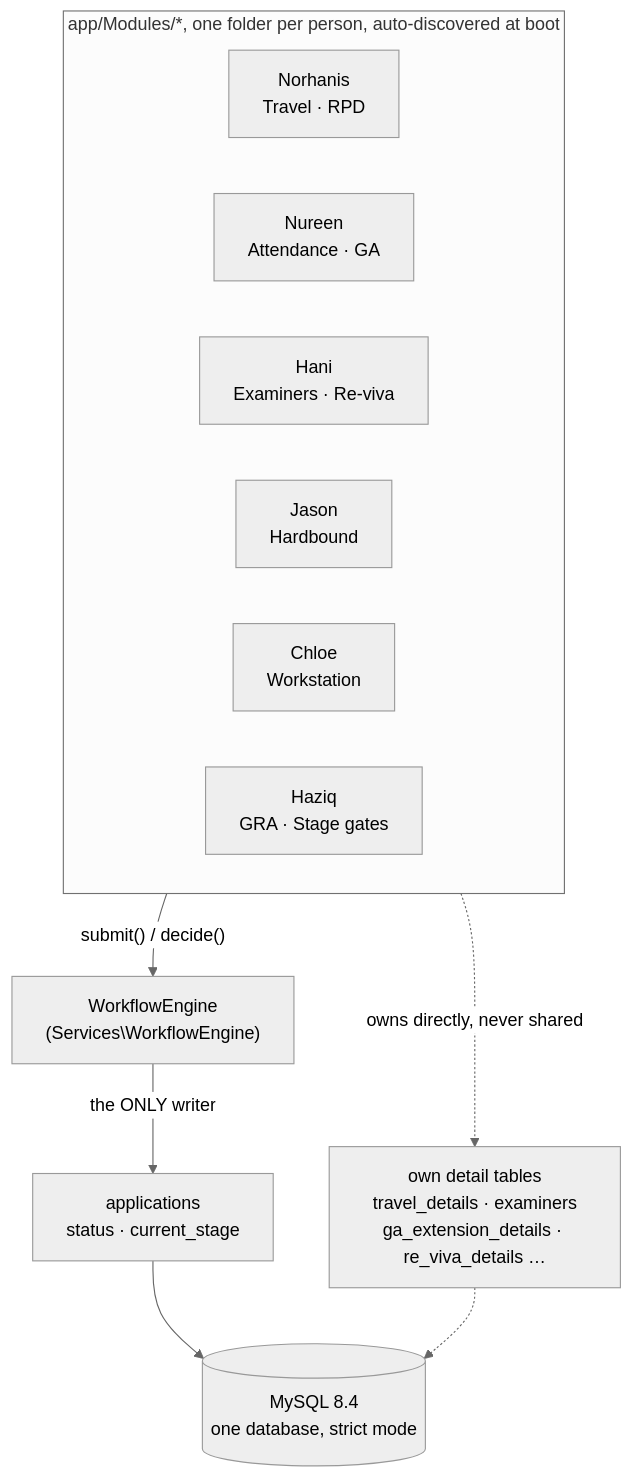
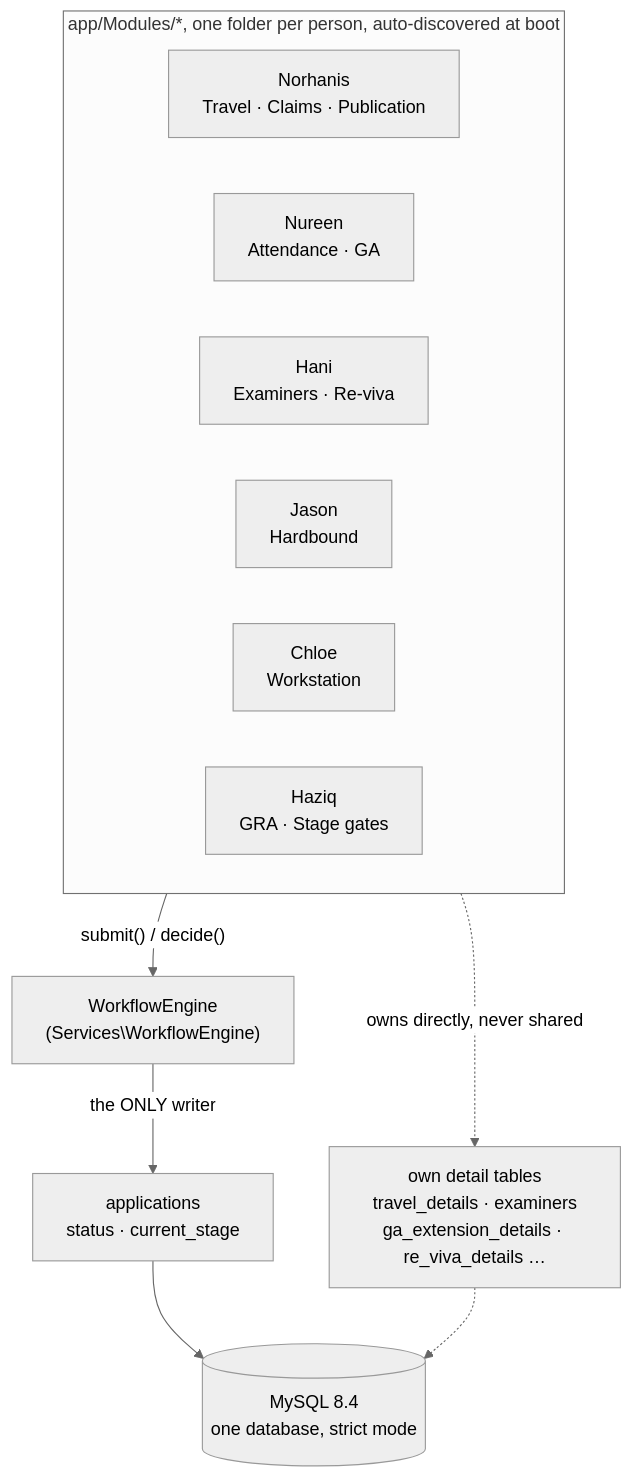
One commit to Mickeysya/uresearch changed the diagram in docs/tech-stack-and-architecture-report.md. Above: the diagram before and after it, drawn with Mermaid (neutral theme). The commit also changed other lines of this file and 92 other files, not shown here.

````diff
--- a/docs/tech-stack-and-architecture-report.md
+++ b/docs/tech-stack-and-architecture-report.md
@@ -25,20 +25,20 @@
 ```mermaid
 flowchart TB
     subgraph mods["app/Modules/*, one folder per person, auto-discovered at boot"]
         direction LR
-        N[Norhanis<br/>Travel · RPD]
+        N[Norhanis<br/>Travel · Claims · Publication]
         NU[Nureen<br/>Attendance · GA]
         H[Hani<br/>Examiners · Re-viva]
         J[Jason<br/>Hardbound]
         C[Chloe<br/>Workstation]
         HZ[Haziq<br/>GRA · Stage gates]
     end
 
     mods -->|"submit() / decide()"| WE["WorkflowEngine<br/>(Services\WorkflowEngine)"]
     WE -->|"the ONLY writer"| APP["applications<br/>status · current_stage"]
 
     mods -.->|"owns directly, never shared"| OWN["own detail tables<br/>travel_details · examiners<br/>ga_extension_details · re_viva_details …"]
 
     APP --> DB[(MySQL 8.4<br/>one database, strict mode)]
     OWN -.-> DB
 ```
````
